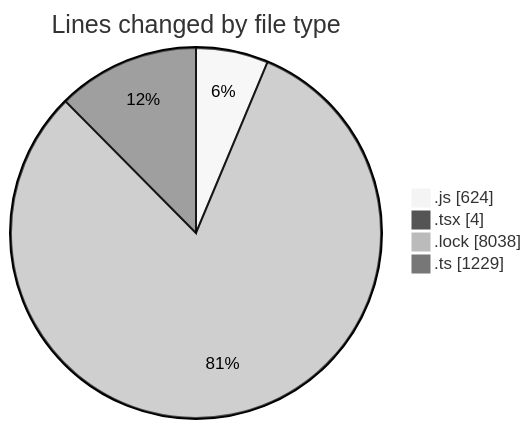
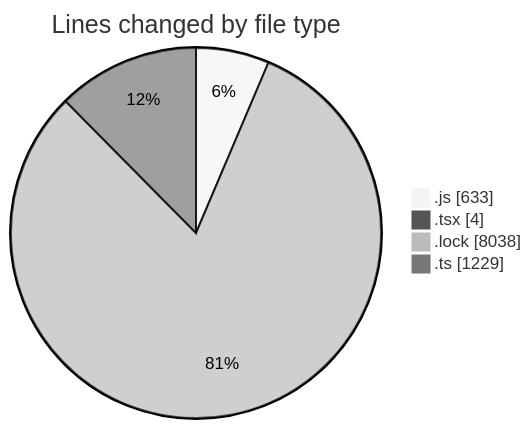
Before and after one commit to momahboobian/code-tracking: the first of 2 diagrams in 2025-03-11/cda/README.md, drawn with Mermaid (neutral theme). The commit also changed other lines of this file and 1 other file, not shown here.

````diff
--- a/2025-03-11/cda/README.md
+++ b/2025-03-11/cda/README.md
@@ -35,8 +35,8 @@
 ```mermaid
 pie showData
 title Lines changed by file type
-".js" : 624
+".js" : 633
 ".tsx" : 4
 ".lock" : 8038
 ".ts" : 1229
 ```
````
